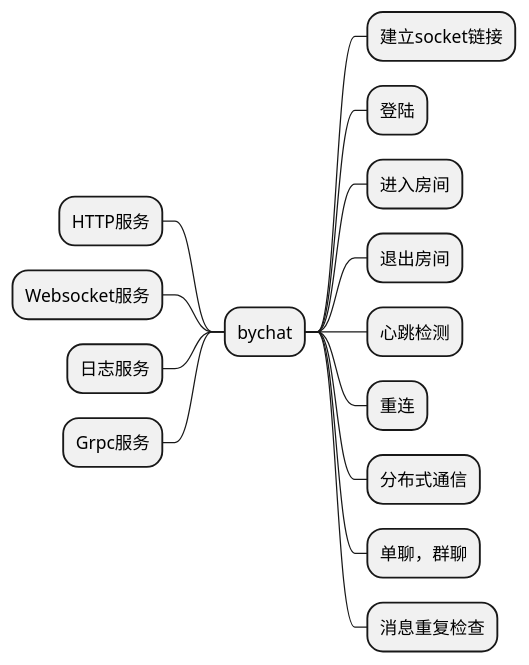
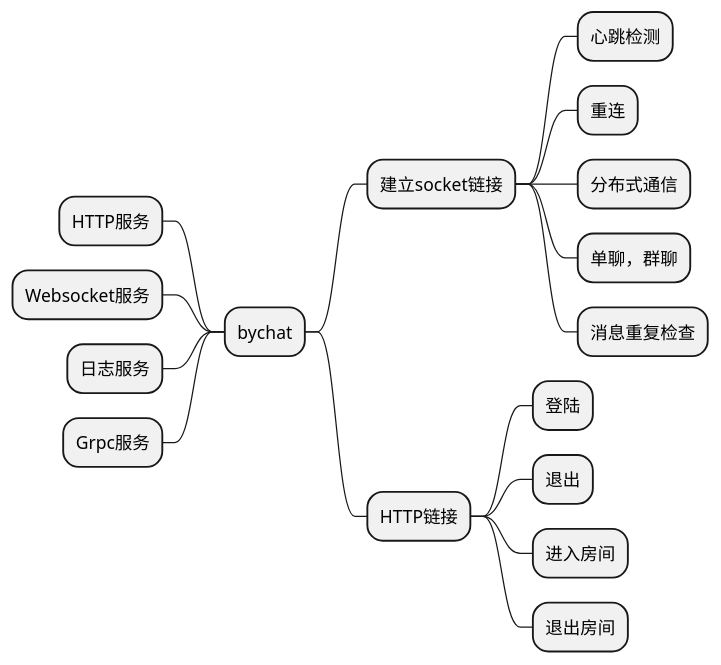
Before and after one commit to byzze/bychat: the diagram in doc/设计.md, drawn with PlantUML. The commit also changed 6 other files, not shown here.

````diff
--- a/doc/设计.md
+++ b/doc/设计.md
@@ -4,18 +4,22 @@
 ```puml
 @startmindmap
 + bychat
 ++ 建立socket链接
-++ 登陆
-++ 进入房间
-++ 退出房间
-++ 心跳检测
-++ 重连
-++ 分布式通信
-++ 单聊，群聊
-++ 消息重复检查
++++ 心跳检测
++++ 重连
++++ 分布式通信
++++ 单聊，群聊
++++ 消息重复检查
+
+++ HTTP链接
++++ 登陆
++++ 退出
++++ 进入房间
++++ 退出房间
+
 -- HTTP服务
 -- Websocket服务
 -- 日志服务
 -- Grpc服务
 @endmindmap
 ```
````
